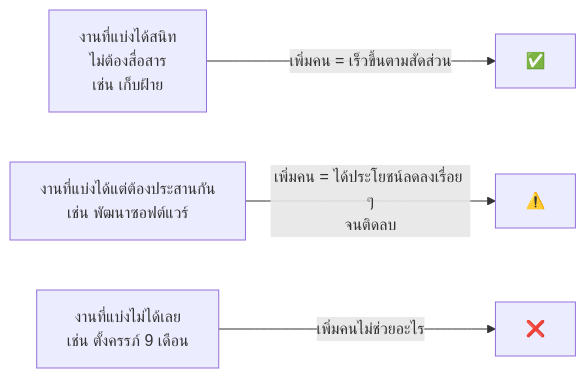
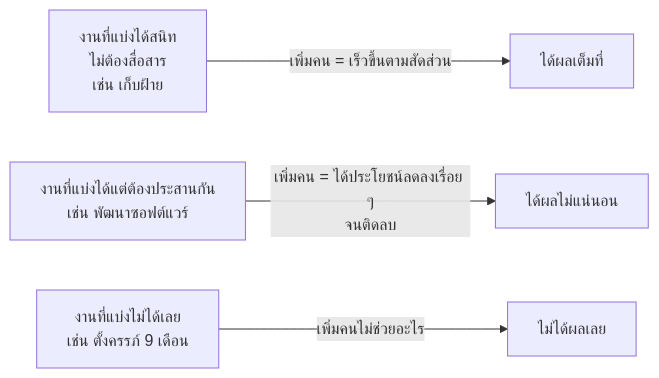
Before and after one commit to CE-SDPX/SDPX-AI: the second of 9 diagrams in readings/05-mythical-man-month.md, drawn with Mermaid. The commit also changed other lines of this file and 6 other files, not shown here.

````diff
--- a/readings/05-mythical-man-month.md
+++ b/readings/05-mythical-man-month.md
@@ -98,6 +98,6 @@
 ```mermaid
 flowchart LR
-    A["งานที่แบ่งได้สนิท<br/>ไม่ต้องสื่อสาร<br/>เช่น เก็บฝ้าย"] -->|"เพิ่มคน = เร็วขึ้นตามสัดส่วน"| A2["✅"]
-    B["งานที่แบ่งได้แต่ต้องประสานกัน<br/>เช่น พัฒนาซอฟต์แวร์"] -->|"เพิ่มคน = ได้ประโยชน์ลดลงเรื่อย ๆ<br/>จนติดลบ"| B2["⚠️"]
-    C["งานที่แบ่งไม่ได้เลย<br/>เช่น ตั้งครรภ์ 9 เดือน"] -->|"เพิ่มคนไม่ช่วยอะไร"| C2["❌"]
+    A["งานที่แบ่งได้สนิท<br/>ไม่ต้องสื่อสาร<br/>เช่น เก็บฝ้าย"] -->|"เพิ่มคน = เร็วขึ้นตามสัดส่วน"| A2["ได้ผลเต็มที่"]
+    B["งานที่แบ่งได้แต่ต้องประสานกัน<br/>เช่น พัฒนาซอฟต์แวร์"] -->|"เพิ่มคน = ได้ประโยชน์ลดลงเรื่อย ๆ<br/>จนติดลบ"| B2["ได้ผลไม่แน่นอน"]
+    C["งานที่แบ่งไม่ได้เลย<br/>เช่น ตั้งครรภ์ 9 เดือน"] -->|"เพิ่มคนไม่ช่วยอะไร"| C2["ไม่ได้ผลเลย"]
 ```
````
